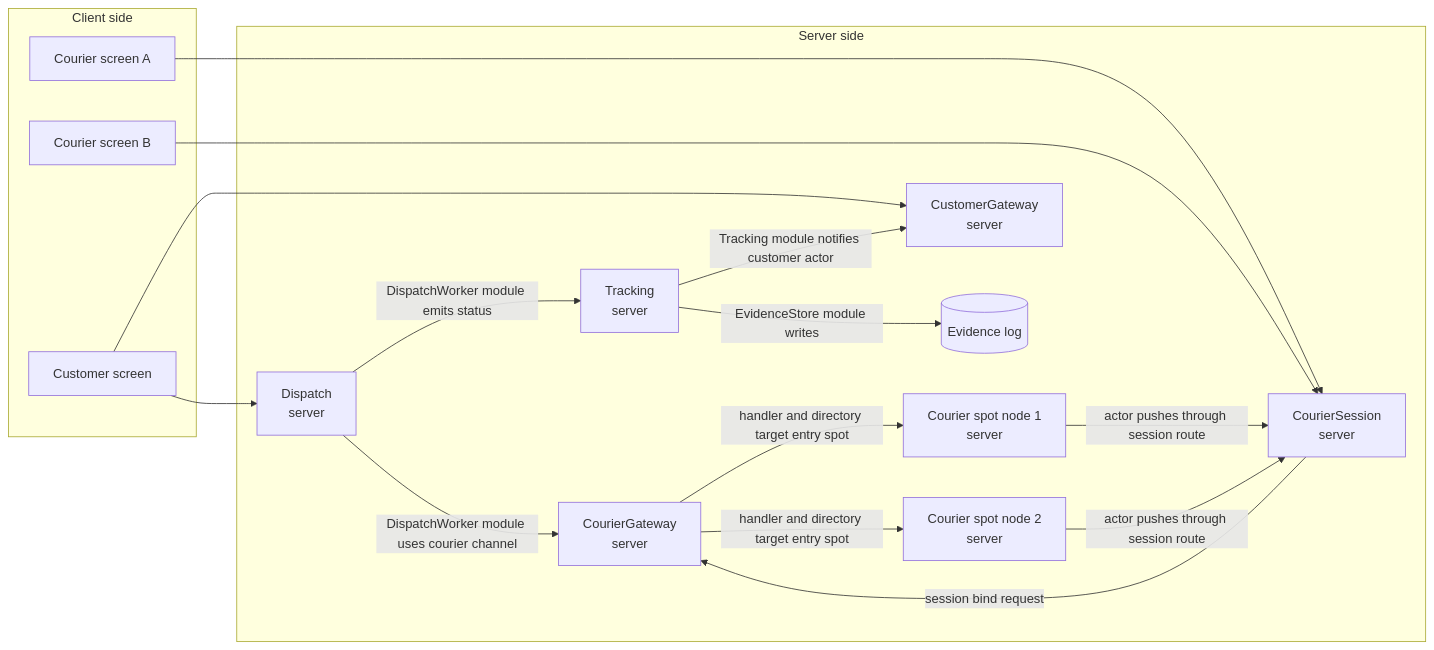
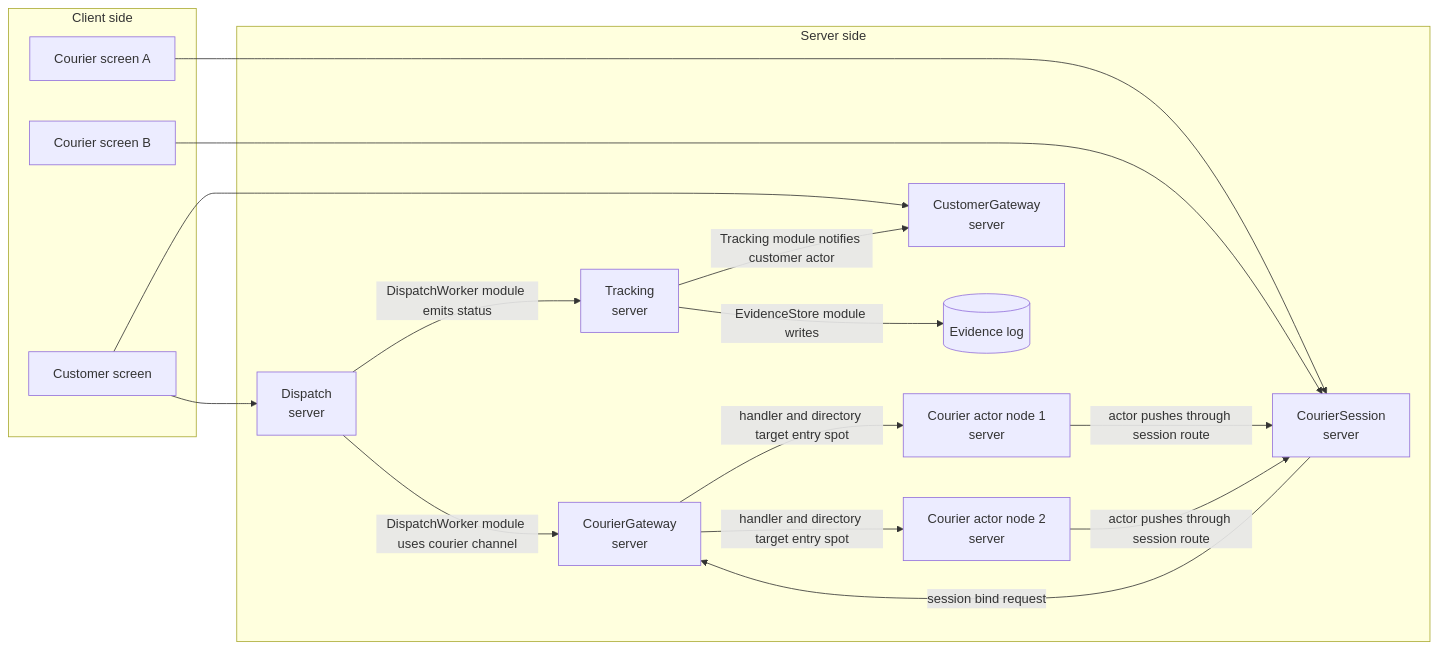
One commit to kairos-code-dev/zlink changed the second of 4 diagrams in framework/languages/dotnet/samples/DeliveryDispatch/README.ko.md. Above: the diagram before and after it, drawn with Mermaid. The commit also changed other lines of this file and 18 other files, not shown here.

Commit message:
Rename DeliveryDispatch courier actor node

````diff
--- a/framework/languages/dotnet/samples/DeliveryDispatch/README.ko.md
+++ b/framework/languages/dotnet/samples/DeliveryDispatch/README.ko.md
@@ -154,36 +154,36 @@
 ```mermaid
 flowchart LR
     subgraph ClientSide[Client side]
         Customer[Customer screen]
         CourierClientA[Courier screen A]
         CourierClientB[Courier screen B]
     end
 
     subgraph ServerSide[Server side]
         DispatchServer["Dispatch<br/>server"]
         CourierGatewayServer["CourierGateway<br/>server"]
         CourierSessionServer["CourierSession<br/>server"]
-        CourierSpotServer1["Courier spot node 1<br/>server"]
-        CourierSpotServer2["Courier spot node 2<br/>server"]
+        CourierActorNodeServer1["Courier actor node 1<br/>server"]
+        CourierActorNodeServer2["Courier actor node 2<br/>server"]
         CustomerGatewayServer["CustomerGateway<br/>server"]
         TrackingServer["Tracking<br/>server"]
         Evidence[(Evidence log)]
     end
 
     Customer --> DispatchServer
     Customer --> CustomerGatewayServer
     CourierClientA --> CourierSessionServer
     CourierClientB --> CourierSessionServer
 
     DispatchServer -->|DispatchWorker module uses courier channel| CourierGatewayServer
     DispatchServer -->|DispatchWorker module emits status| TrackingServer
 
-    CourierGatewayServer -->|handler and directory target entry spot| CourierSpotServer1
-    CourierGatewayServer -->|handler and directory target entry spot| CourierSpotServer2
+    CourierGatewayServer -->|handler and directory target entry spot| CourierActorNodeServer1
+    CourierGatewayServer -->|handler and directory target entry spot| CourierActorNodeServer2
     CourierSessionServer -->|session bind request| CourierGatewayServer
-    CourierSpotServer1 -->|actor pushes through session route| CourierSessionServer
-    CourierSpotServer2 -->|actor pushes through session route| CourierSessionServer
+    CourierActorNodeServer1 -->|actor pushes through session route| CourierSessionServer
+    CourierActorNodeServer2 -->|actor pushes through session route| CourierSessionServer
 
     TrackingServer -->|EvidenceStore module writes| Evidence
     TrackingServer -->|Tracking module notifies customer actor| CustomerGatewayServer
 ```
````
